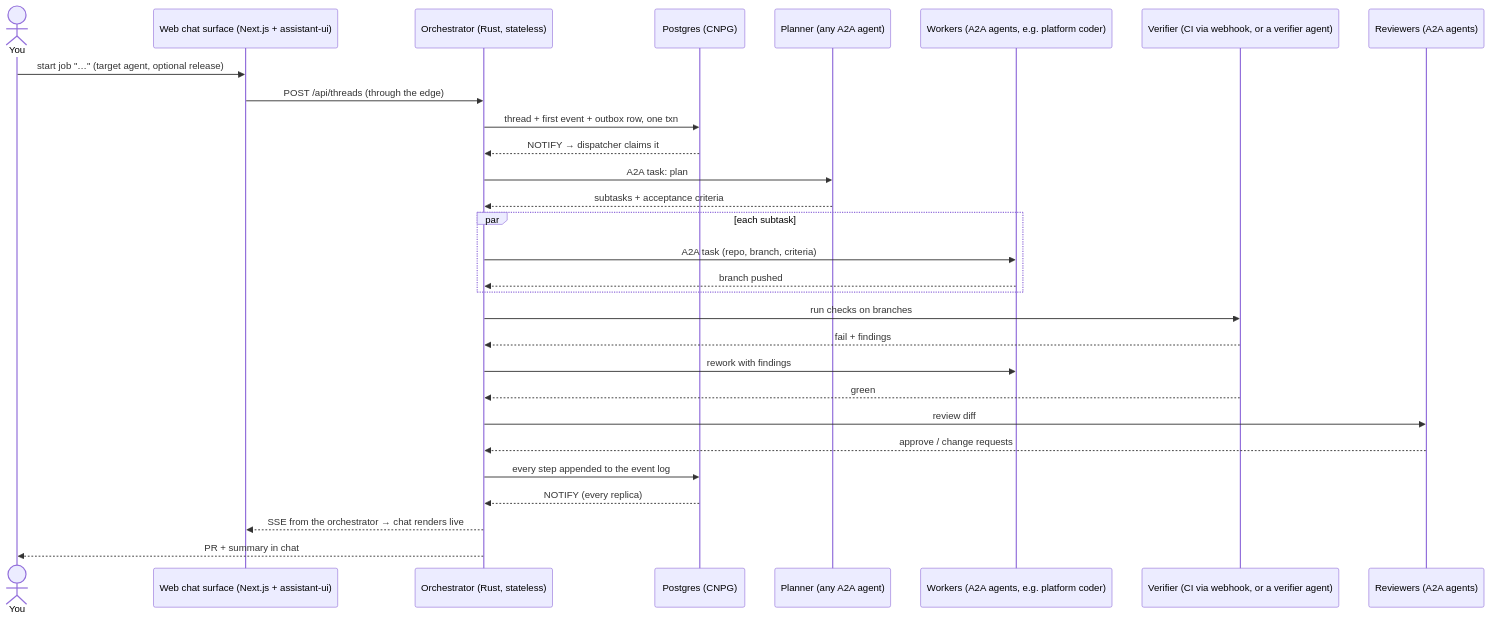
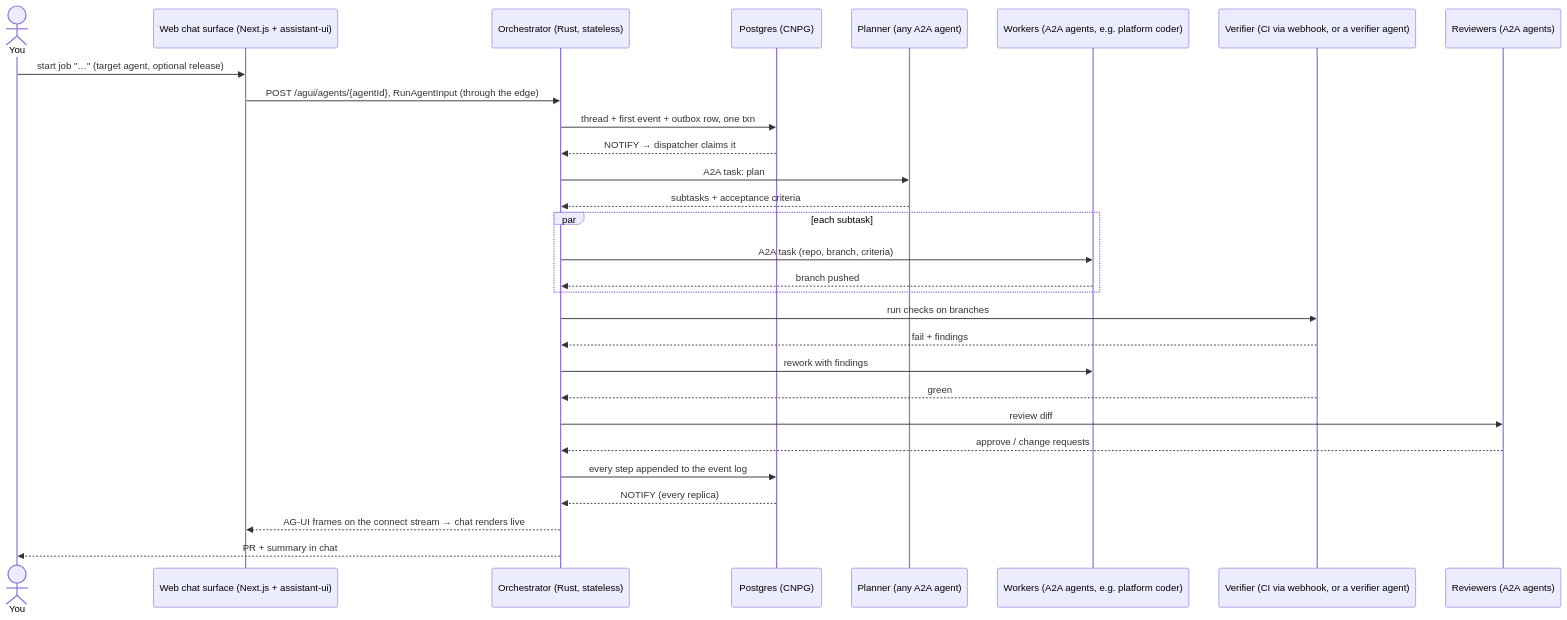
The ninth of 10 diagrams in docs/architecture.md (vymalo/another-agentic-system), drawn with Mermaid before and after one commit. The commit also changed other lines of this file and 7 other files, not shown here.

First line of the commit message:
docs: architecture and orchestrator diagrams for AG-UI (#46)

````diff
--- a/docs/architecture.md
+++ b/docs/architecture.md
@@ -347,31 +414,31 @@
 ```mermaid
 sequenceDiagram
   actor U as You
   participant CP as Web chat surface (Next.js + assistant-ui)
   participant O as Orchestrator (Rust, stateless)
   participant DB as Postgres (CNPG)
   participant P as Planner (any A2A agent)
   participant W as Workers (A2A agents, e.g. platform coder)
   participant V as Verifier (CI via webhook, or a verifier agent)
   participant R as Reviewers (A2A agents)
   U->>CP: start job "…" (target agent, optional release)
-  CP->>O: POST /api/threads (through the edge)
+  CP->>O: POST /agui/agents/{agentId}, RunAgentInput (through the edge)
   O->>DB: thread + first event + outbox row, one txn
   DB-->>O: NOTIFY → dispatcher claims it
   O->>P: A2A task: plan
   P-->>O: subtasks + acceptance criteria
   par each subtask
     O->>W: A2A task (repo, branch, criteria)
     W-->>O: branch pushed
   end
   O->>V: run checks on branches
   V-->>O: fail + findings
   O->>W: rework with findings
   V-->>O: green
   O->>R: review diff
   R-->>O: approve / change requests
   O->>DB: every step appended to the event log
   DB-->>O: NOTIFY (every replica)
-  O-->>CP: SSE from the orchestrator → chat renders live
+  O-->>CP: AG-UI frames on the connect stream → chat renders live
   O-->>U: PR + summary in chat
 ```
````
